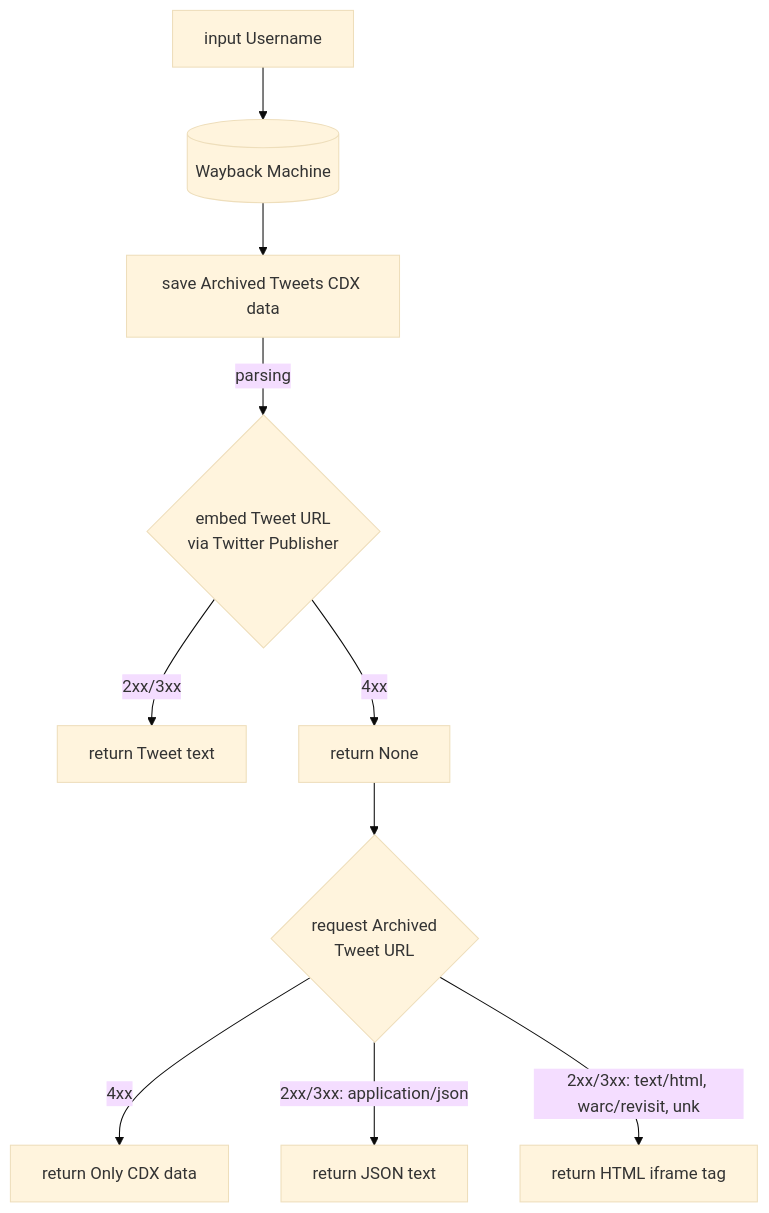
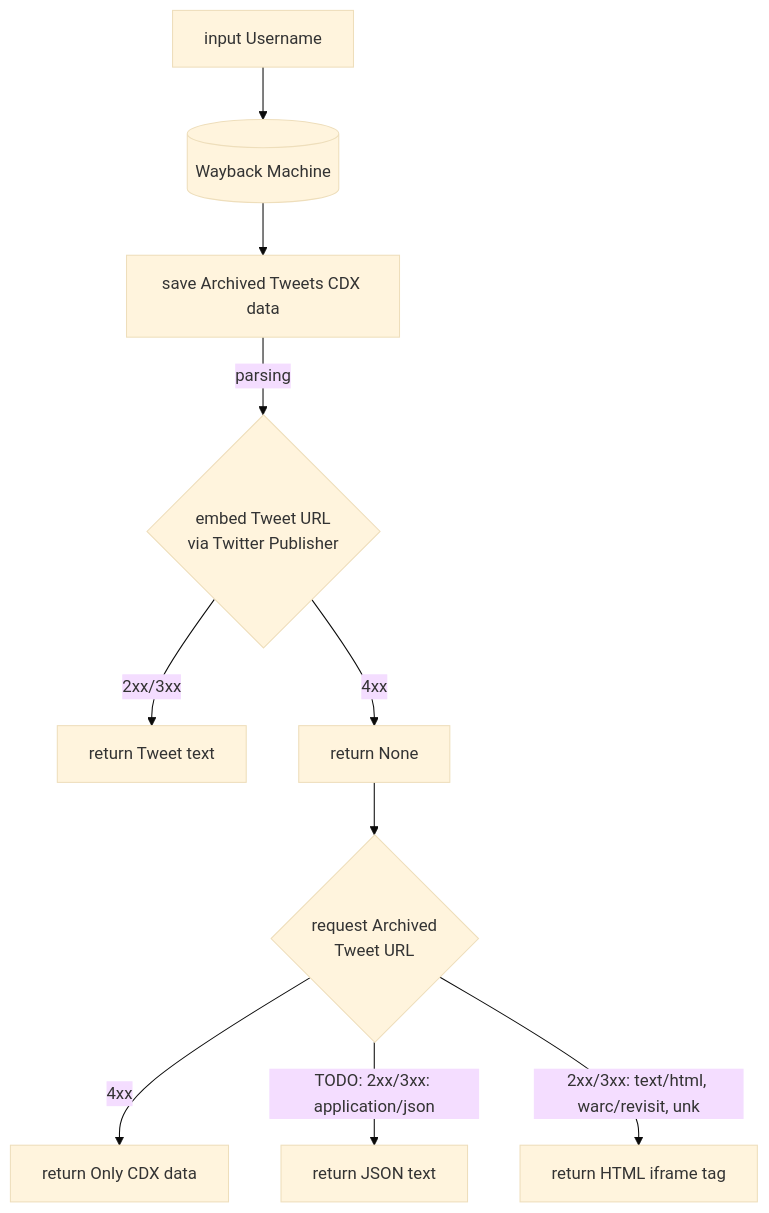
The diagram in docs/workflow.rst (claromes/waybacktweets), drawn with Mermaid (base theme) before and after one commit. The commit also changed 5 other files, not shown here.

```diff
--- a/docs/workflow.rst
+++ b/docs/workflow.rst
@@ -10,14 +10,14 @@
 .. mermaid::
    :zoom:
    :align: center
 
    flowchart TB
       A[input Username]--> B[(Wayback Machine)]
       B--> B1[save Archived Tweets CDX data]
       B1--> |parsing| C{embed Tweet URL\nvia Twitter Publisher}
       C--> |2xx/3xx| D[return Tweet text]
       C--> |4xx| E[return None]
       E--> F{request Archived\nTweet URL}
       F--> |4xx| G[return Only CDX data]
-      F--> |2xx/3xx: application/json| J[return JSON text]
+      F--> |TODO: 2xx/3xx: application/json| J[return JSON text]
       F--> |2xx/3xx: text/html, warc/revisit, unk| K[return HTML iframe tag]
```
